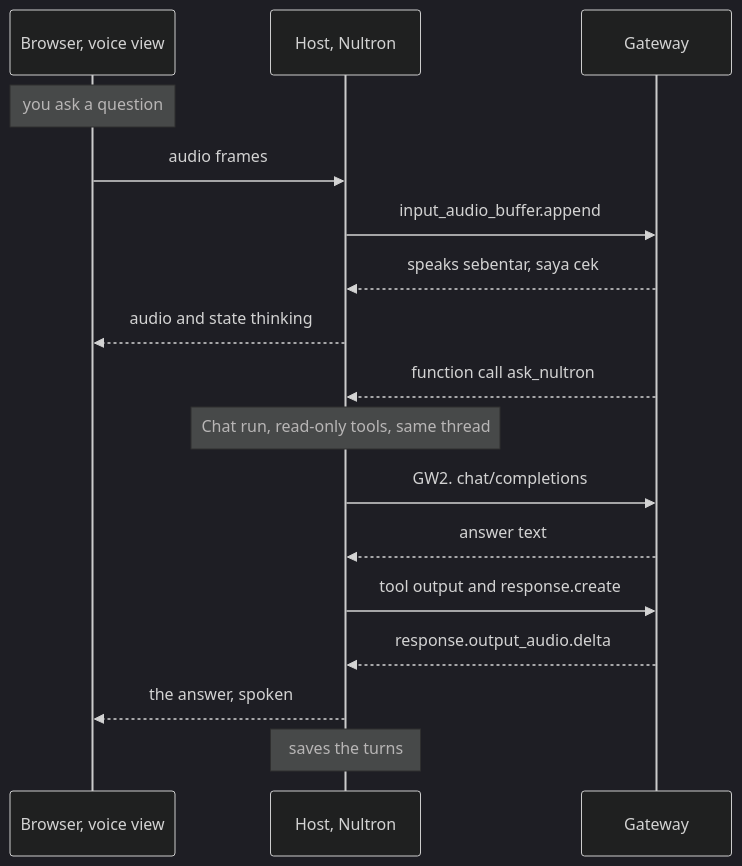
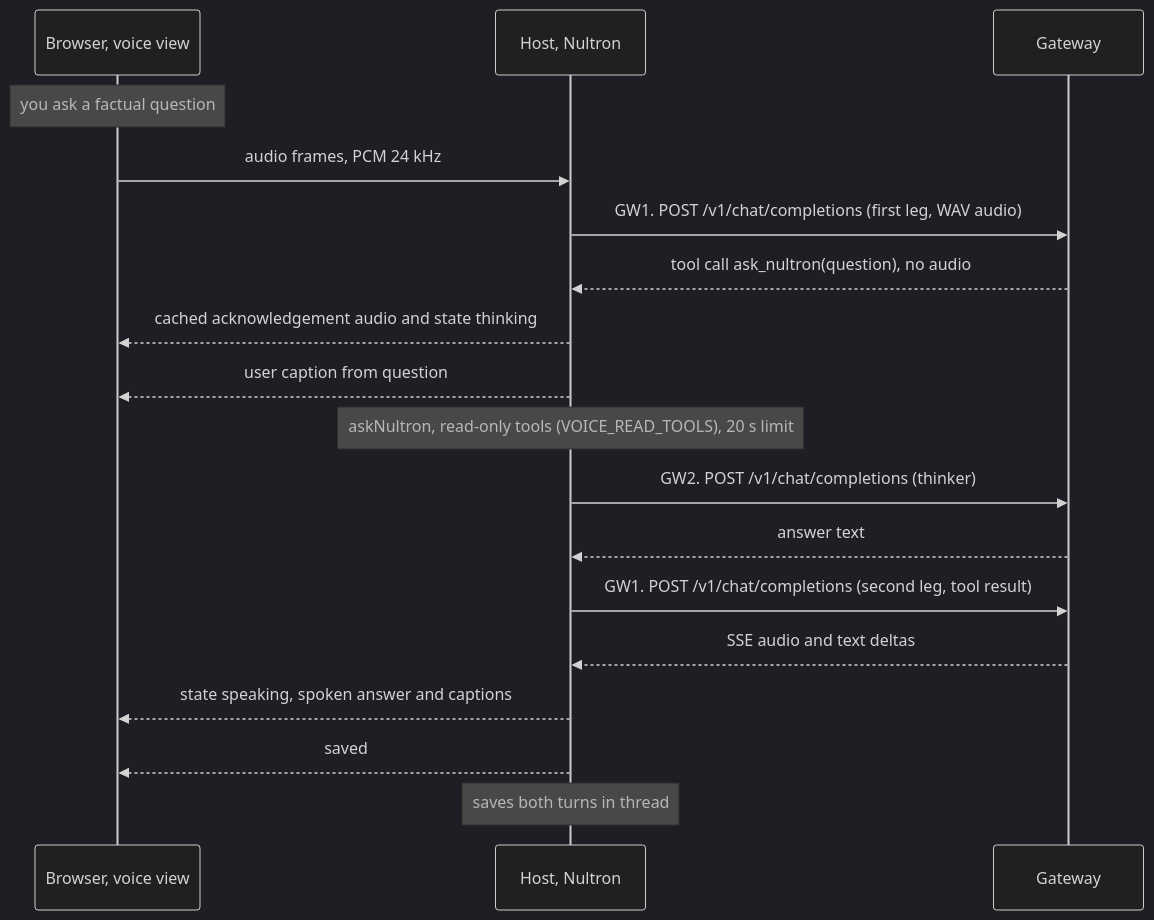
Before and after one commit to Kyoo032/Nultron: the fourth of 9 diagrams in docs/internal/voice-mode-plan.md, drawn with Mermaid (dark theme). The commit also changed other lines of this file, not shown here.

First line of the commit message:
docs(voice): the plan after Day 0, an HTTP talker

````diff
--- a/docs/internal/voice-mode-plan.md
+++ b/docs/internal/voice-mode-plan.md
@@ -219,19 +273,20 @@
 ```mermaid
 sequenceDiagram
   participant B as Browser, voice view
   participant H as Host, Nultron
   participant G as Gateway
-  Note over B: you ask a question
-  B->>H: audio frames
-  H->>G: input_audio_buffer.append
-  G-->>H: speaks sebentar, saya cek
-  H-->>B: audio and state thinking
-  G-->>H: function call ask_nultron
-  Note over H: Chat run, read-only tools, same thread
-  H->>G: GW2. chat/completions
+  Note over B: you ask a factual question
+  B->>H: audio frames, PCM 24 kHz
+  H->>G: GW1. POST /v1/chat/completions (first leg, WAV audio)
+  G-->>H: tool call ask_nultron(question), no audio
+  H-->>B: cached acknowledgement audio and state thinking
+  H-->>B: user caption from question
+  Note over H: askNultron, read-only tools (VOICE_READ_TOOLS), 20 s limit
+  H->>G: GW2. POST /v1/chat/completions (thinker)
   G-->>H: answer text
-  H->>G: tool output and response.create
-  G-->>H: response.output_audio.delta
-  H-->>B: the answer, spoken
-  Note over H: saves the turns
+  H->>G: GW1. POST /v1/chat/completions (second leg, tool result)
+  G-->>H: SSE audio and text deltas
+  H-->>B: state speaking, spoken answer and captions
+  H-->>B: saved
+  Note over H: saves both turns in thread
 ```
````
